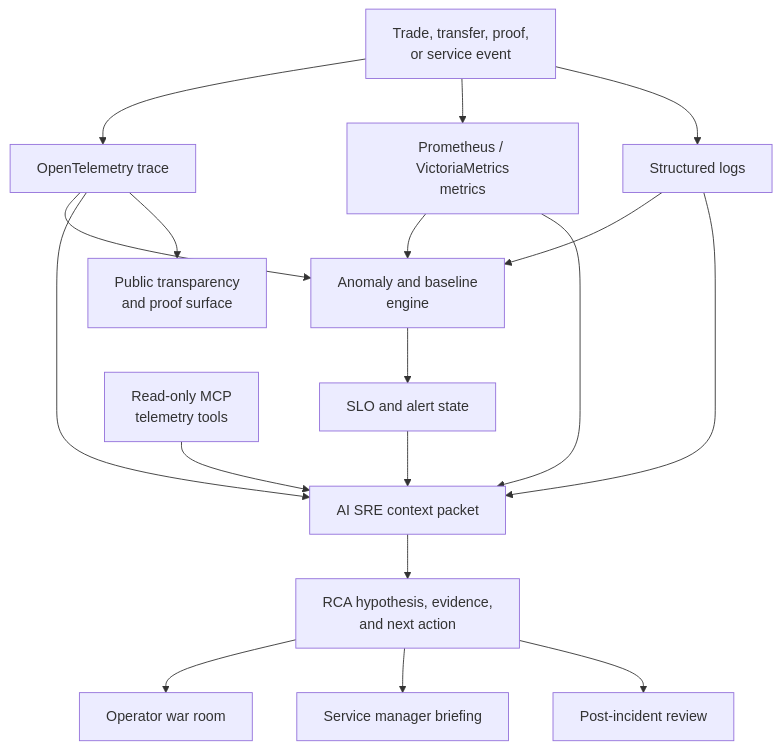
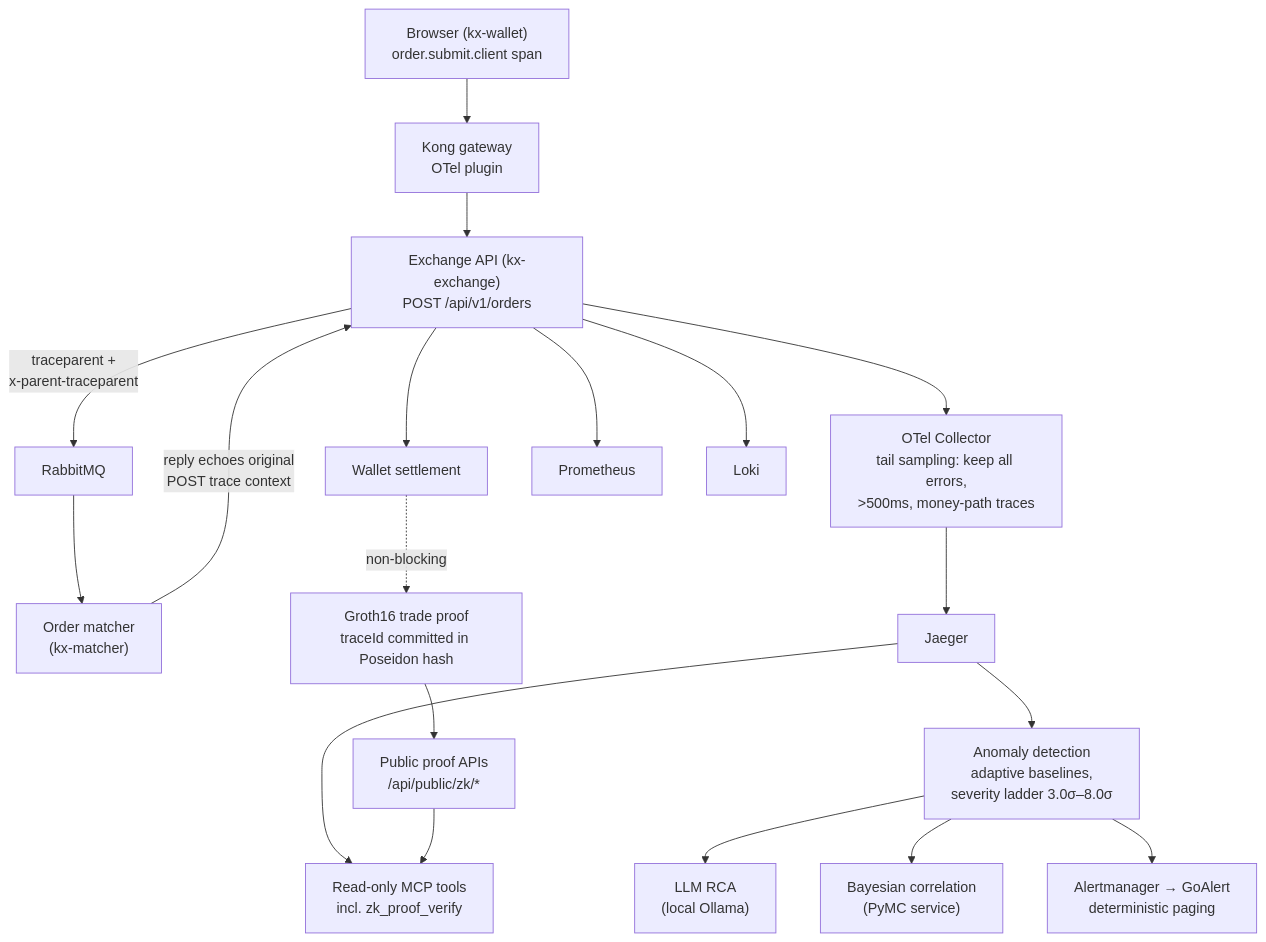
One commit to MoebiusX/Krystaline changed the diagram in README.md. Above: the diagram before and after it, drawn with Mermaid. The commit also changed other lines of this file and 6 other files, not shown here.

````diff
--- a/README.md
+++ b/README.md
@@ -83,34 +116,24 @@
 ```mermaid
 flowchart TB
-    A["Trade, transfer, proof,<br/>or service event"]
-    B["OpenTelemetry trace"]
-    C["Prometheus / VictoriaMetrics<br/>metrics"]
-    D["Structured logs"]
-    E["Anomaly and baseline<br/>engine"]
-    F["SLO and alert state"]
-    G["AI SRE context packet"]
-    H["Read-only MCP<br/>telemetry tools"]
-    I["RCA hypothesis, evidence,<br/>and next action"]
-    J["Operator war room"]
-    K["Service manager briefing"]
-    L["Post-incident review"]
-    M["Public transparency<br/>and proof surface"]
+    BR["Browser (kx-wallet)<br/>order.submit.client span"] --> KG["Kong gateway<br/>OTel plugin"]
+    KG --> API["Exchange API (kx-exchange)<br/>POST /api/v1/orders"]
+    API -->|"traceparent +<br/>x-parent-traceparent"| MQ["RabbitMQ"]
+    MQ --> MATCH["Order matcher<br/>(kx-matcher)"]
+    MATCH -->|"reply echoes original<br/>POST trace context"| API
+    API --> SETTLE["Wallet settlement"]
+    SETTLE -.->|"non-blocking"| ZK["Groth16 trade proof<br/>traceId committed in Poseidon hash"]
 
-    A --> B
-    A --> C
-    A --> D
-    B --> E
-    C --> E
-    D --> E
-    E --> F
-    F --> G
-    B --> G
-    C --> G
-    D --> G
-    H --> G
-    G --> I
-    I --> J
-    I --> K
-    I --> L
-    B --> M
+    API --> COLL["OTel Collector<br/>tail sampling: keep all errors,<br/>&gt;500ms, money-path traces"]
+    COLL --> JAEGER["Jaeger"]
+    API --> PROM["Prometheus"]
+    API --> LOKI["Loki"]
+
+    JAEGER --> DETECT["Anomaly detection<br/>adaptive baselines,<br/>severity ladder 3.0σ–8.0σ"]
+    DETECT --> LLM["LLM RCA<br/>(local Ollama)"]
+    DETECT --> BAYES["Bayesian correlation<br/>(PyMC service)"]
+    DETECT --> AM["Alertmanager → GoAlert<br/>deterministic paging"]
+
+    ZK --> PUB["Public proof APIs<br/>/api/public/zk/*"]
+    JAEGER --> MCP["Read-only MCP tools<br/>incl. zk_proof_verify"]
+    PUB --> MCP
 ```
````
